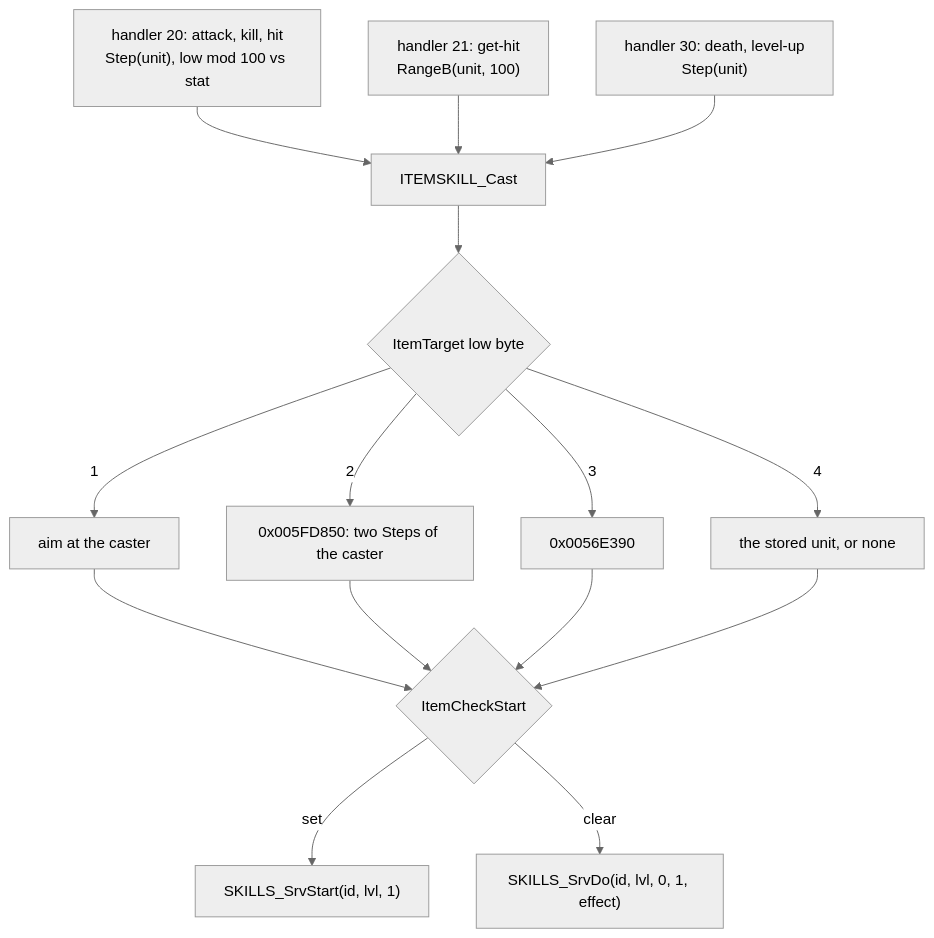
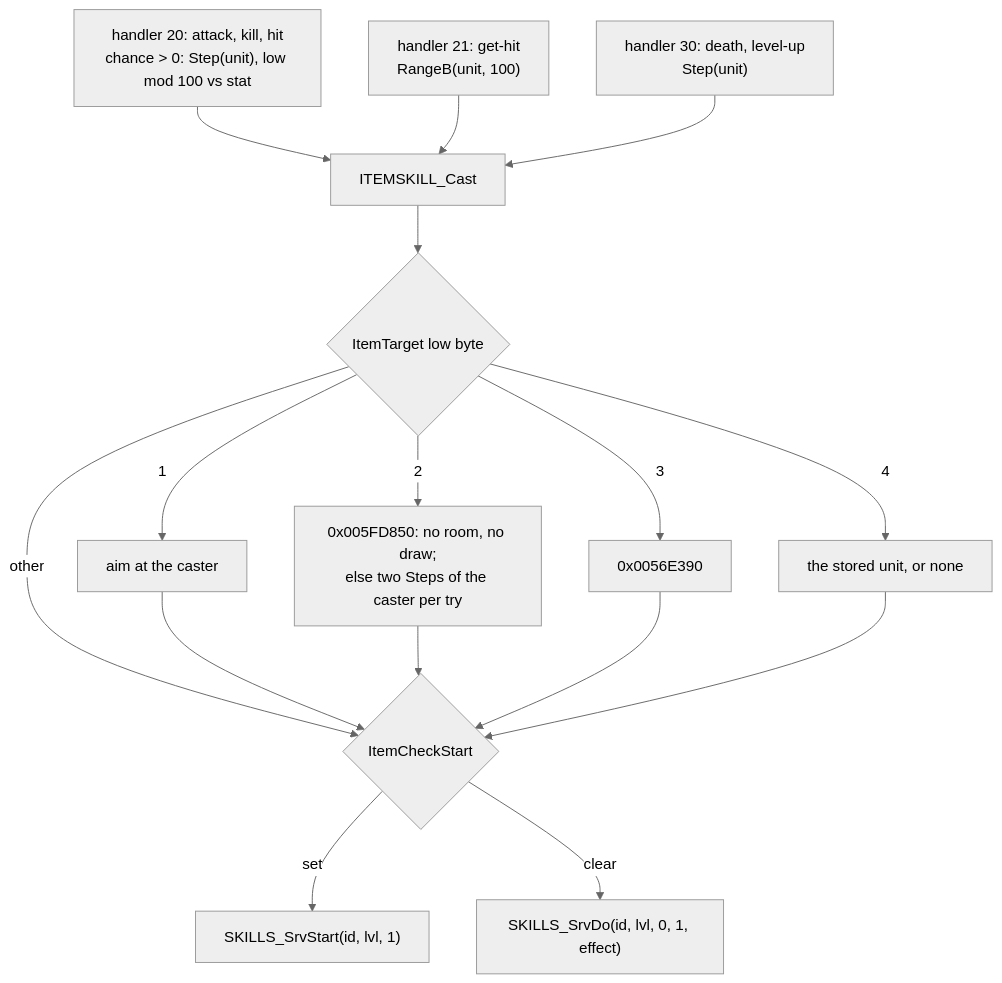
One commit to IgorKonovalov/diablo-2-recompilation changed the fifth of 6 diagrams in docs/specs/skills/catalogue.md. Above: the diagram before and after it, drawn with Mermaid (neutral theme). The commit also changed other lines of this file and 7 other files, not shown here.

````diff
--- a/docs/specs/skills/catalogue.md
+++ b/docs/specs/skills/catalogue.md
@@ -916,17 +950,18 @@
 ```mermaid
 flowchart TD
-  h20["handler 20: attack, kill, hit<br/>Step(unit), low mod 100 vs stat"] --> cast["ITEMSKILL_Cast"]
+  h20["handler 20: attack, kill, hit<br/>chance > 0: Step(unit), low mod 100 vs stat"] --> cast["ITEMSKILL_Cast"]
   h21["handler 21: get-hit<br/>RangeB(unit, 100)"] --> cast
   h30["handler 30: death, level-up<br/>Step(unit)"] --> cast
   cast --> tg{"ItemTarget low byte"}
   tg -->|1| self["aim at the caster"]
-  tg -->|2| rp["0x005FD850: two Steps of the caster"]
+  tg -->|2| rp["0x005FD850: no room, no draw;<br/>else two Steps of the caster per try"]
   tg -->|3| corpse["0x0056E390"]
   tg -->|4| kept["the stored unit, or none"]
+  tg -->|other| sv
   self --> sv{"ItemCheckStart"}
   rp --> sv
   corpse --> sv
   kept --> sv
   sv -->|set| ss["SKILLS_SrvStart(id, lvl, 1)"]
   sv -->|clear| sd["SKILLS_SrvDo(id, lvl, 0, 1, effect)"]
 ```
````
